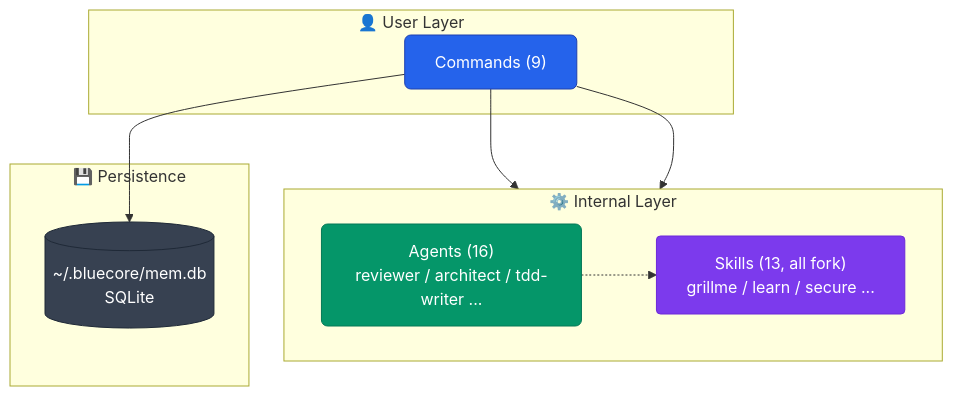
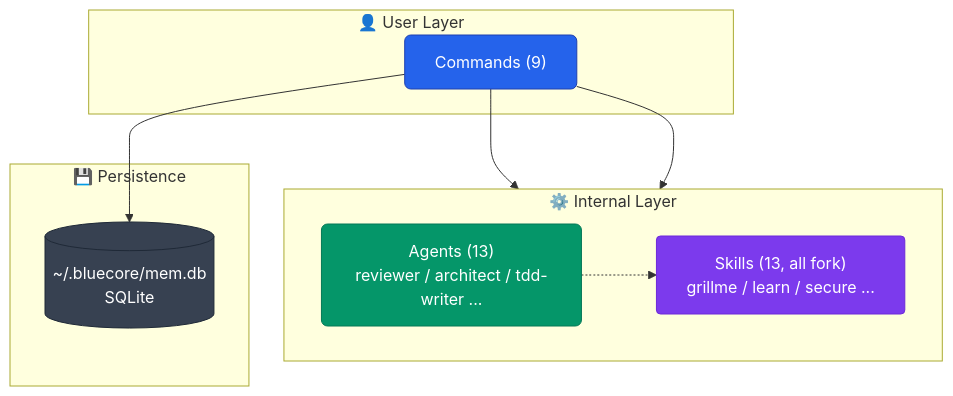
Diagram 12 of 12 in README.md (aokumablue/claq), drawn with Mermaid before and after one commit. The commit also changed other lines of this file and 2 other files, not shown here.

````diff
--- a/README.md
+++ b/README.md
@@ -504,26 +508,26 @@
 ```mermaid
 flowchart TB
   classDef cmd    fill:#2563eb,stroke:#1e40af,color:#fff,rx:6
   classDef agent  fill:#059669,stroke:#047857,color:#fff,rx:6
   classDef skill  fill:#7c3aed,stroke:#6d28d9,color:#fff,rx:4
   classDef store  fill:#374151,stroke:#1f2937,color:#fff,rx:4
 
   subgraph user["👤 User Layer"]
     CMD["Commands (9)"]:::cmd
   end
 
   subgraph internal["⚙️ Internal Layer"]
     direction LR
-    AGT["Agents (16)<br/>reviewer / architect / tdd-writer ..."]:::agent
+    AGT["Agents (13)<br/>reviewer / architect / tdd-writer ..."]:::agent
     SKL["Skills (13, all fork)<br/>grillme / learn / secure ..."]:::skill
   end
 
   subgraph persistence["💾 Persistence"]
     DB[("~/.bluecore/mem.db<br/>SQLite")]:::store
   end
 
   CMD --> AGT
   CMD --> SKL
   AGT -.-> SKL
   CMD --> DB
 ```
````
